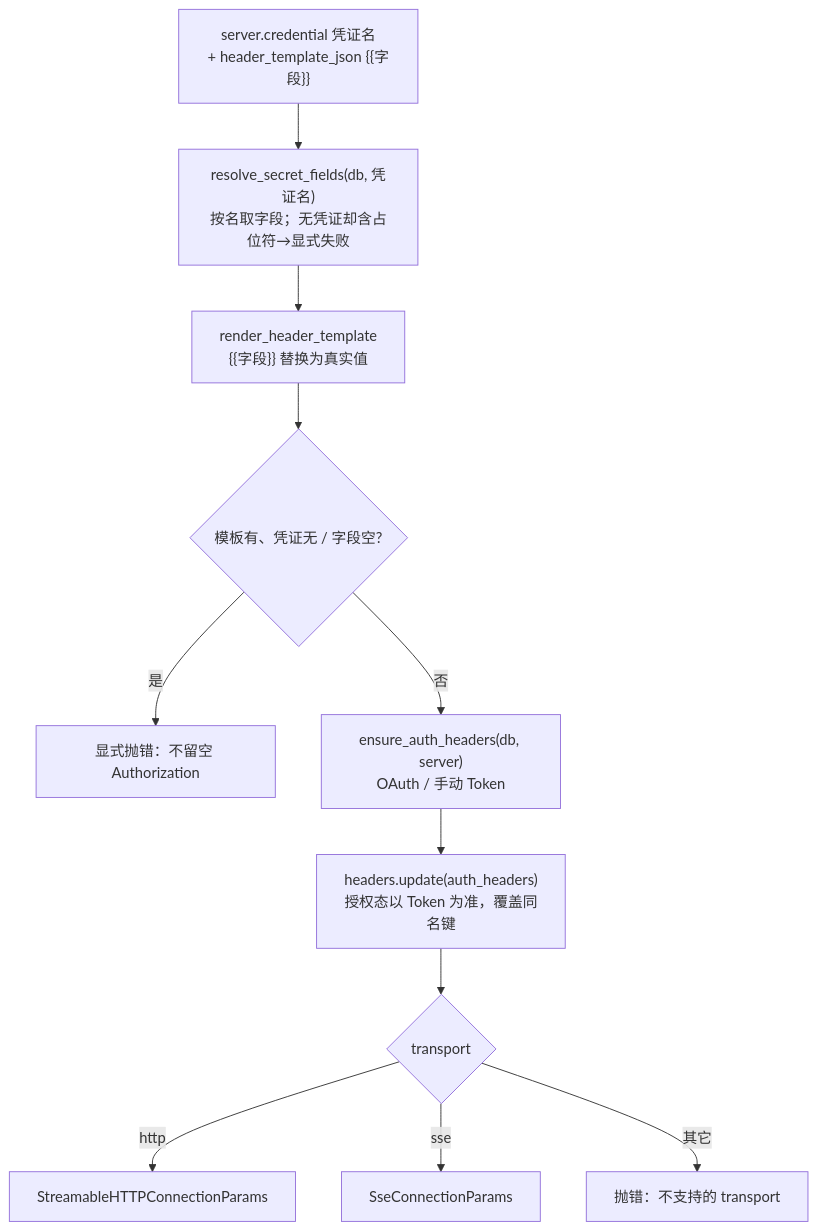
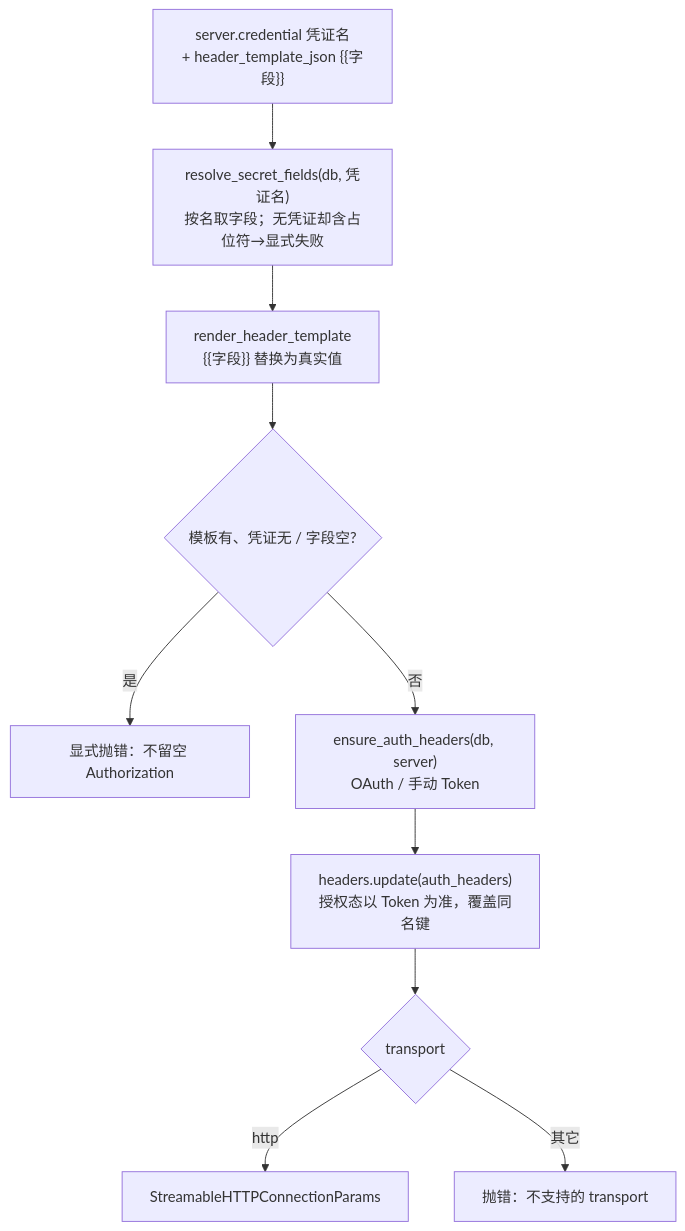
Before and after one commit to isfangmk/crewlab: the first of 6 diagrams in backend/app/knowledge_base/concepts/MCP全链路架构.md, drawn with Mermaid. The commit also changed other lines of this file and 72 other files, not shown here.

````diff
--- a/backend/app/knowledge_base/concepts/MCP全链路架构.md
+++ b/backend/app/knowledge_base/concepts/MCP全链路架构.md
@@ -33,13 +32,12 @@
 ```mermaid
 flowchart TD
   CFG["server.credential 凭证名<br/>+ header_template_json {{字段}}"] --> RES["resolve_secret_fields(db, 凭证名)<br/>按名取字段；无凭证却含占位符→显式失败"]
   RES --> REND["render_header_template<br/>{{字段}} 替换为真实值"]
   REND --> MISS{"模板有、凭证无 / 字段空?"}
   MISS -- 是 --> ERR["显式抛错：不留空 Authorization"]
   MISS -- 否 --> OAUTH["ensure_auth_headers(db, server)<br/>OAuth / 手动 Token"]
   OAUTH --> OVER["headers.update(auth_headers)<br/>授权态以 Token 为准，覆盖同名键"]
   OVER --> PARAMS{"transport"}
   PARAMS -- http --> HTTP["StreamableHTTPConnectionParams"]
-  PARAMS -- sse --> SSE["SseConnectionParams"]
   PARAMS -- 其它 --> FAIL["抛错：不支持的 transport"]
 ```
````
